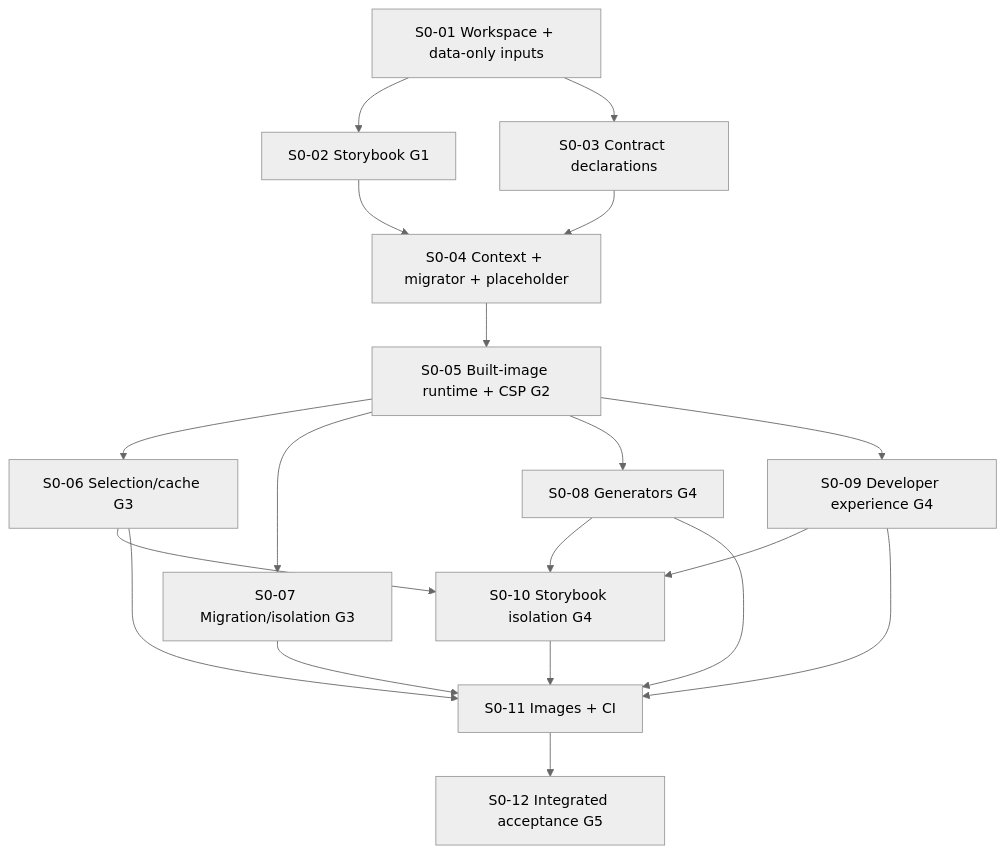
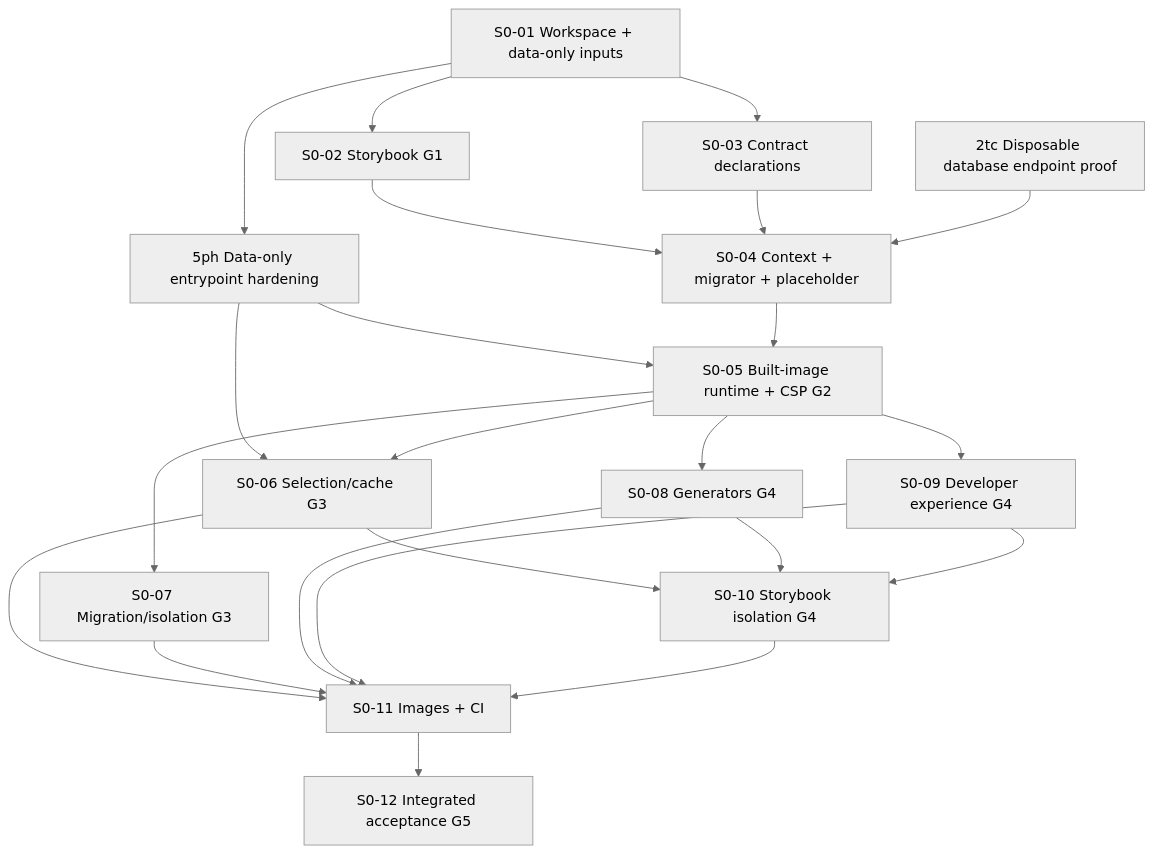
One commit to kenan-xin/genie-ops-center-v2 changed the diagram in docs/tickets/spec-0/README.md. Above: the diagram before and after it, drawn with Mermaid (neutral theme). The commit also changed other lines of this file and 1390 other files, not shown here.

````diff
--- a/docs/tickets/spec-0/README.md
+++ b/docs/tickets/spec-0/README.md
@@ -38,33 +46,39 @@
 ```mermaid
 flowchart TD
   A["S0-01 Workspace + data-only inputs"]
   B["S0-02 Storybook G1"]
   C["S0-03 Contract declarations"]
   D["S0-04 Context + migrator + placeholder"]
   E["S0-05 Built-image runtime + CSP G2"]
   F["S0-06 Selection/cache G3"]
   G["S0-07 Migration/isolation G3"]
   H["S0-08 Generators G4"]
   I["S0-09 Developer experience G4"]
   J["S0-10 Storybook isolation G4"]
   K["S0-11 Images + CI"]
   L["S0-12 Integrated acceptance G5"]
   A --> B
   A --> C
   B --> D
   C --> D
+  P["5ph Data-only entrypoint hardening"]
+  Q["2tc Disposable database endpoint proof"]
+  A --> P
+  Q --> D
+  P --> E
+  P --> F
   D --> E
   E --> F
   E --> G
   E --> H
   E --> I
   F --> J
   H --> J
   I --> J
   F --> K
   G --> K
   H --> K
   I --> K
   J --> K
   K --> L
 ```
````
